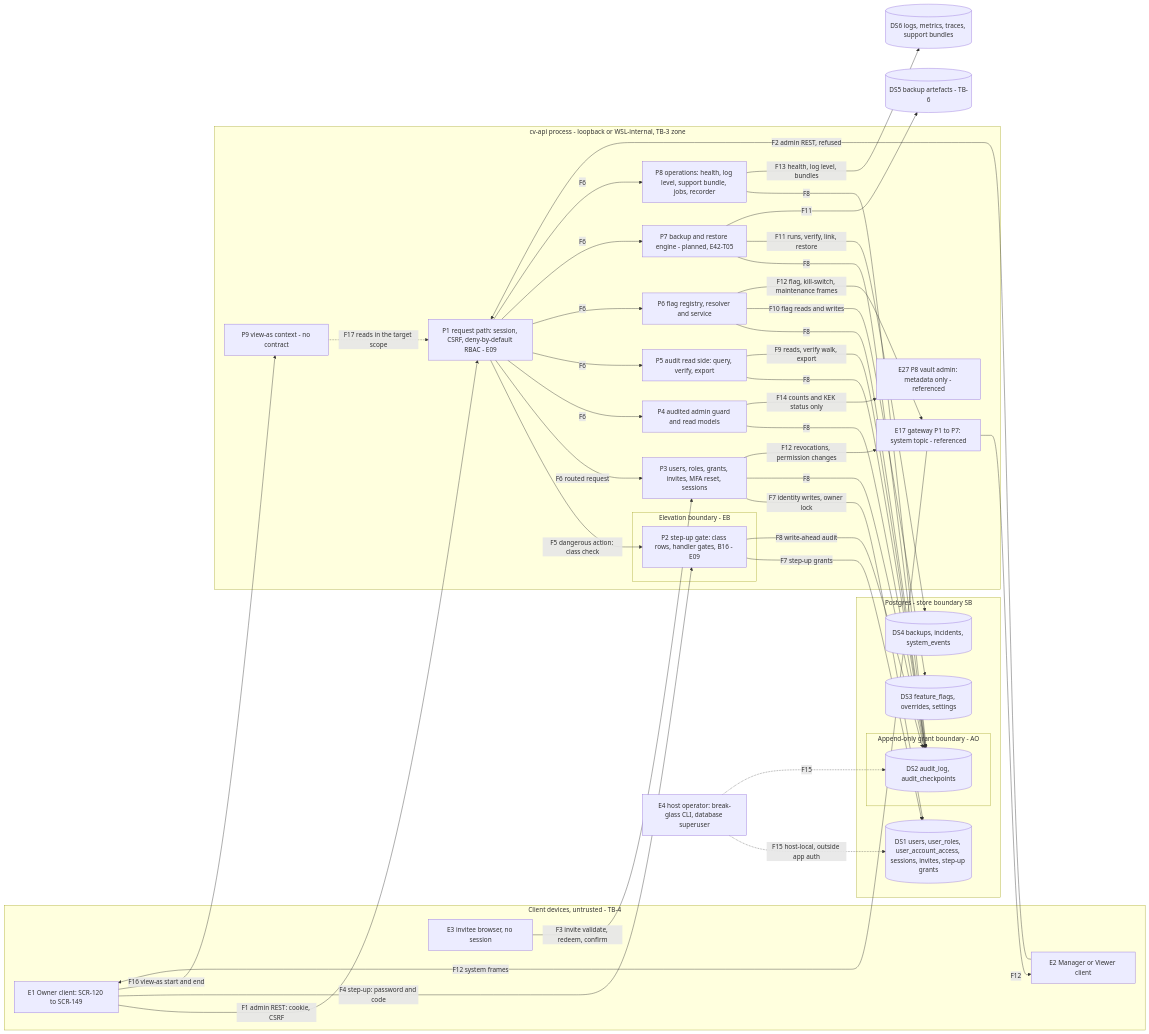
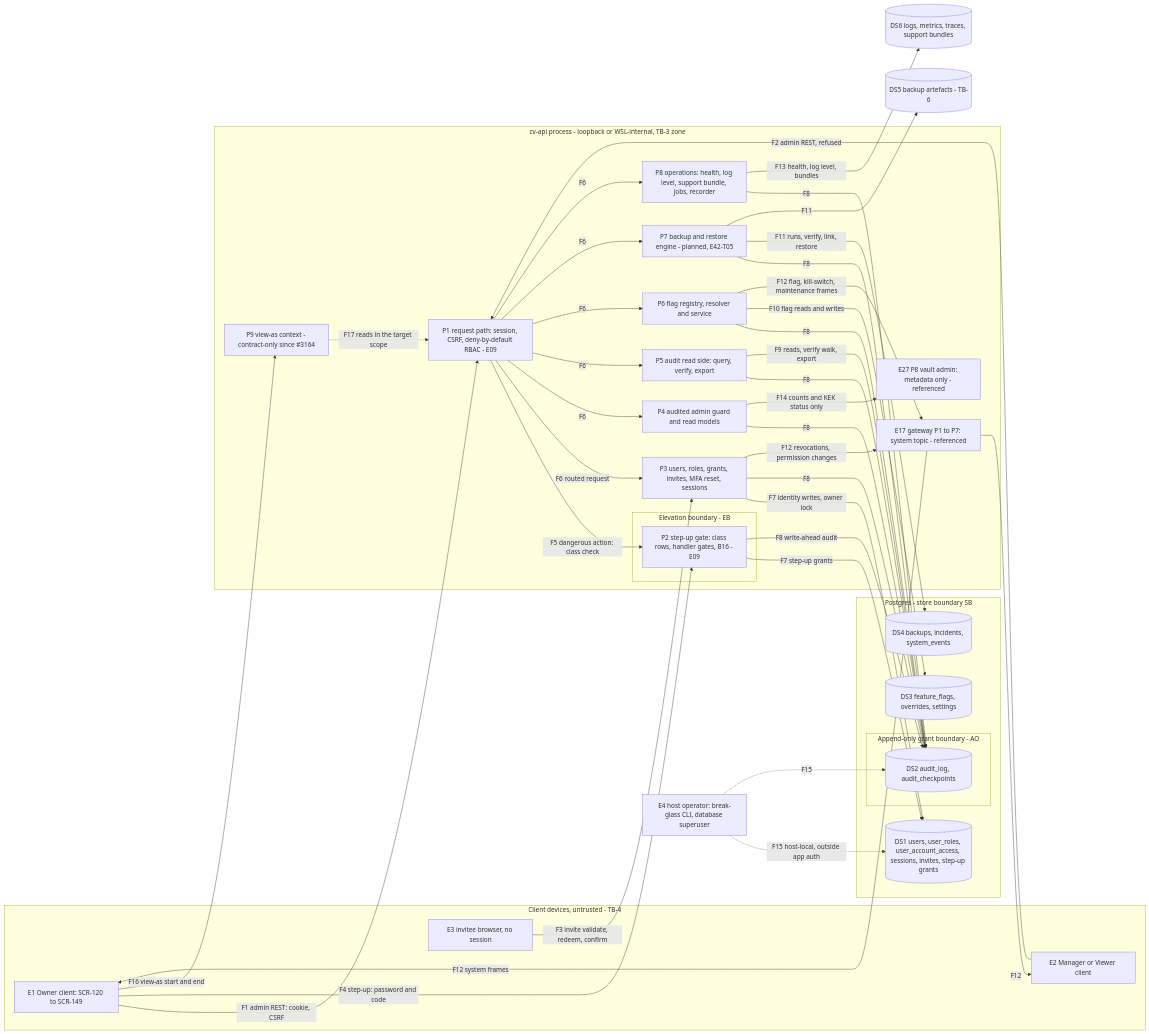
Before and after one commit to CandleViewer/CandleViewer: the diagram in docs/security/threat-models/e42-admin.md, drawn with Mermaid. The commit also changed other lines of this file and 2 other files, not shown here.

````diff
--- a/docs/security/threat-models/e42-admin.md
+++ b/docs/security/threat-models/e42-admin.md
@@ -239,68 +254,68 @@
 ```mermaid
 flowchart LR
   subgraph TB4[Client devices, untrusted - TB-4]
     E1[E1 Owner client: SCR-120 to SCR-149]
     E2[E2 Manager or Viewer client]
     E3[E3 invitee browser, no session]
   end
   subgraph API[cv-api process - loopback or WSL-internal, TB-3 zone]
     P1[P1 request path: session, CSRF, deny-by-default RBAC - E09]
     subgraph EB[Elevation boundary - EB]
       P2[P2 step-up gate: class rows, handler gates, B16 - E09]
     end
     P3[P3 users, roles, grants, invites, MFA reset, sessions]
     P4[P4 audited admin guard and read models]
     P5[P5 audit read side: query, verify, export]
     P6[P6 flag registry, resolver and service]
     P7[P7 backup and restore engine - planned, E42-T05]
     P8[P8 operations: health, log level, support bundle, jobs, recorder]
-    P9[P9 view-as context - no contract]
+    P9[P9 view-as context - contract-only since #3164]
     WS[E17 gateway P1 to P7: system topic - referenced]
     KV[E27 P8 vault admin: metadata only - referenced]
   end
   subgraph SB[Postgres - store boundary SB]
     DS1[(DS1 users, user_roles, user_account_access, sessions, invites, step-up grants)]
     subgraph AO[Append-only grant boundary - AO]
       DS2[(DS2 audit_log, audit_checkpoints)]
     end
     DS3[(DS3 feature_flags, overrides, settings)]
     DS4[(DS4 backups, incidents, system_events)]
   end
   DS5[(DS5 backup artefacts - TB-6)]
   DS6[(DS6 logs, metrics, traces, support bundles)]
   E4[E4 host operator: break-glass CLI, database superuser]
   E1 -->|F1 admin REST: cookie, CSRF| P1
   E2 -->|F2 admin REST, refused| P1
   E3 -->|F3 invite validate, redeem, confirm| P3
   E1 -->|F4 step-up: password and code| P2
   P1 -->|F5 dangerous action: class check| P2
   P1 -->|F6 routed request| P3
   P1 -->|F6| P4
   P1 -->|F6| P5
   P1 -->|F6| P6
   P1 -->|F6| P7
   P1 -->|F6| P8
   P2 -->|F7 step-up grants| DS1
   P3 -->|F7 identity writes, owner lock| DS1
   P2 -->|F8 write-ahead audit| DS2
   P3 -->|F8| DS2
   P4 -->|F8| DS2
   P5 -->|F8| DS2
   P6 -->|F8| DS2
   P7 -->|F8| DS2
   P8 -->|F8| DS2
   P5 -->|F9 reads, verify walk, export| DS2
   P6 -->|F10 flag reads and writes| DS3
   P7 -->|F11 runs, verify, link, restore| DS4
   P7 -->|F11| DS5
   P6 -->|F12 flag, kill-switch, maintenance frames| WS
   P3 -->|F12 revocations, permission changes| WS
   WS -->|F12 system frames| E1
   WS -->|F12| E2
   P8 -->|F13 health, log level, bundles| DS6
   P4 -->|F14 counts and KEK status only| KV
   E4 -.->|F15 host-local, outside app auth| DS1
   E4 -.->|F15| DS2
   E1 -->|F16 view-as start and end| P9
   P9 -.->|F17 reads in the target scope| P1
 ```
````
